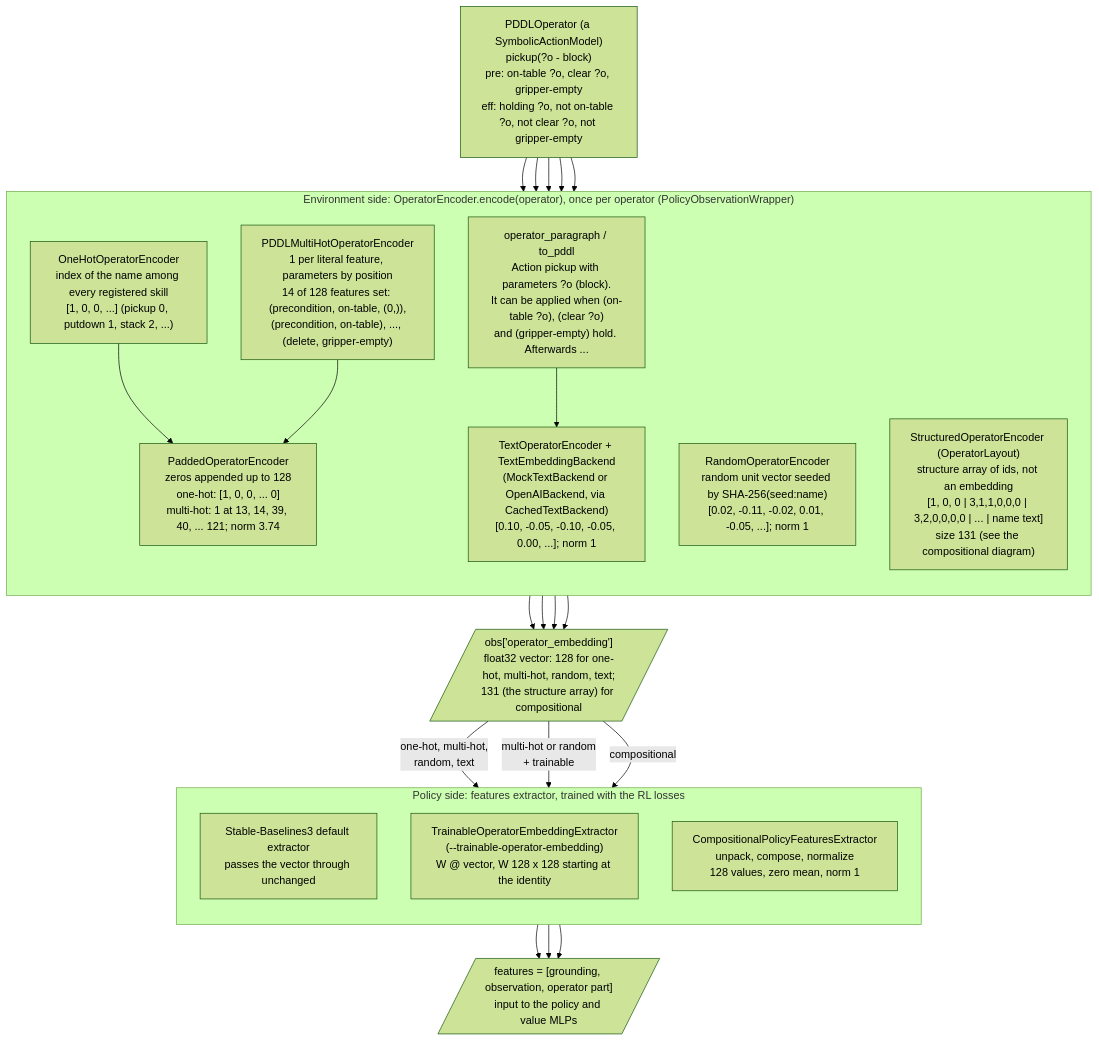
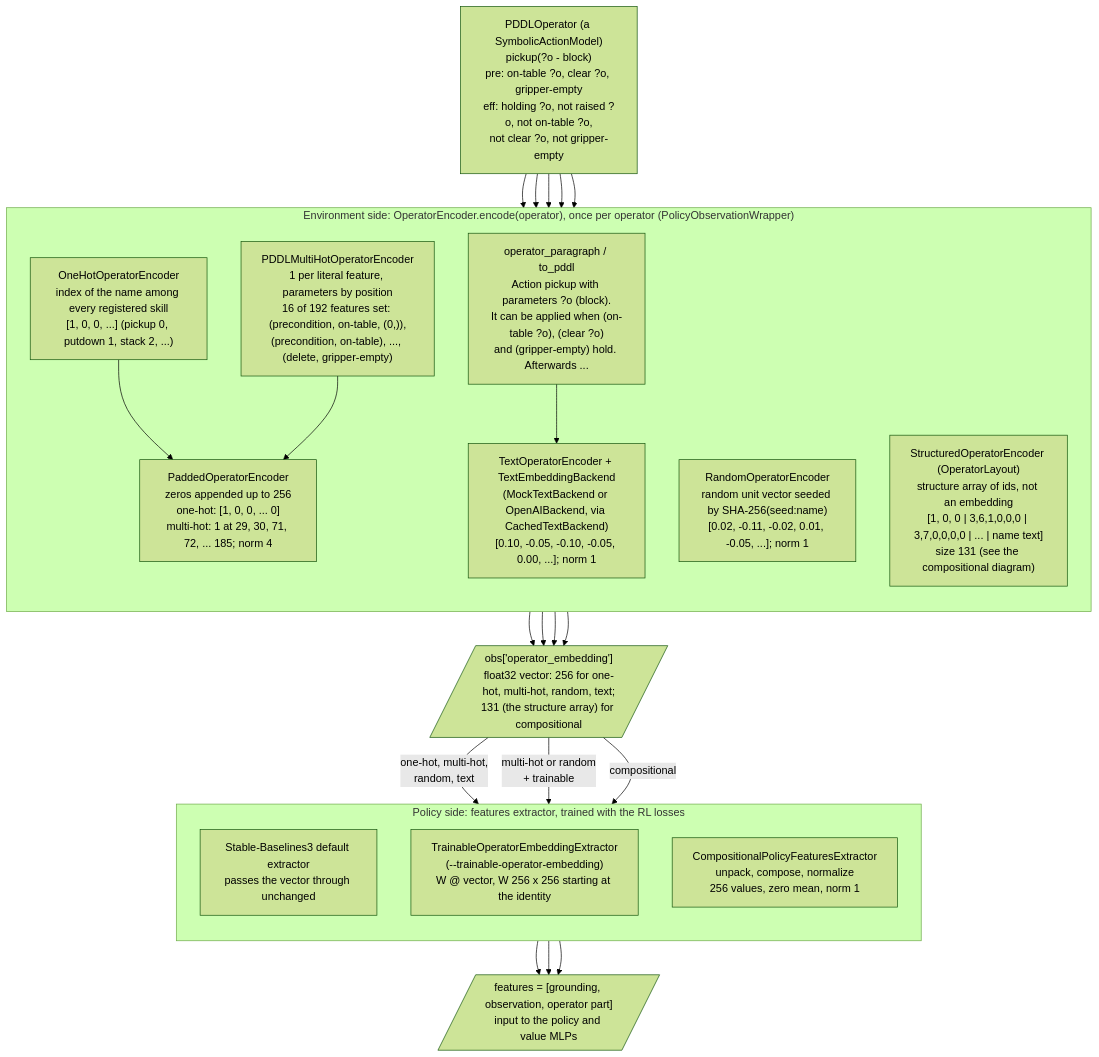
The first of 2 diagrams in docs/operator_embeddings.md (carwyn987/compositional_action_models), drawn with Mermaid (forest theme) before and after one commit. The commit also changed other lines of this file and 3 other files, not shown here.

````diff
--- a/docs/operator_embeddings.md
+++ b/docs/operator_embeddings.md
@@ -23,42 +23,42 @@
 ```mermaid
 flowchart TB
-    op["PDDLOperator (a SymbolicActionModel)<br/>pickup(?o - block)<br/>pre: on-table ?o, clear ?o, gripper-empty<br/>eff: holding ?o, not on-table ?o, not clear ?o, not gripper-empty"]
+    op["PDDLOperator (a SymbolicActionModel)<br/>pickup(?o - block)<br/>pre: on-table ?o, clear ?o, gripper-empty<br/>eff: holding ?o, not raised ?o, not on-table ?o,<br/>not clear ?o, not gripper-empty"]
 
     subgraph env["Environment side: OperatorEncoder.encode(operator), once per operator (PolicyObservationWrapper)"]
         direction TB
         onehot["OneHotOperatorEncoder<br/>index of the name among every registered skill<br/>[1, 0, 0, ...] (pickup 0, putdown 1, stack 2, ...)"]
-        multihot["PDDLMultiHotOperatorEncoder<br/>1 per literal feature, parameters by position<br/>14 of 128 features set: (precondition, on-table, (0,)),<br/>(precondition, on-table), ..., (delete, gripper-empty)"]
-        pad["PaddedOperatorEncoder<br/>zeros appended up to 128<br/>one-hot: [1, 0, 0, ... 0]<br/>multi-hot: 1 at 13, 14, 39, 40, ... 121; norm 3.74"]
+        multihot["PDDLMultiHotOperatorEncoder<br/>1 per literal feature, parameters by position<br/>16 of 192 features set: (precondition, on-table, (0,)),<br/>(precondition, on-table), ..., (delete, gripper-empty)"]
+        pad["PaddedOperatorEncoder<br/>zeros appended up to 256<br/>one-hot: [1, 0, 0, ... 0]<br/>multi-hot: 1 at 29, 30, 71, 72, ... 185; norm 4"]
         random["RandomOperatorEncoder<br/>random unit vector seeded by SHA-256(seed:name)<br/>[0.02, -0.11, -0.02, 0.01, -0.05, ...]; norm 1"]
         paragraph["operator_paragraph / to_pddl<br/>Action pickup with parameters ?o (block).<br/>It can be applied when (on-table ?o), (clear ?o)<br/>and (gripper-empty) hold. Afterwards ..."]
         text["TextOperatorEncoder + TextEmbeddingBackend<br/>(MockTextBackend or OpenAIBackend, via CachedTextBackend)<br/>[0.10, -0.05, -0.10, -0.05, 0.00, ...]; norm 1"]
-        structured["StructuredOperatorEncoder (OperatorLayout)<br/>structure array of ids, not an embedding<br/>[1, 0, 0 | 3,1,1,0,0,0 | 3,2,0,0,0,0 | ... | name text]<br/>size 131 (see the compositional diagram)"]
+        structured["StructuredOperatorEncoder (OperatorLayout)<br/>structure array of ids, not an embedding<br/>[1, 0, 0 | 3,6,1,0,0,0 | 3,7,0,0,0,0 | ... | name text]<br/>size 131 (see the compositional diagram)"]
     end
 
-    obs[/"obs['operator_embedding']<br/>float32 vector: 128 for one-hot, multi-hot, random, text;<br/>131 (the structure array) for compositional"/]
+    obs[/"obs['operator_embedding']<br/>float32 vector: 256 for one-hot, multi-hot, random, text;<br/>131 (the structure array) for compositional"/]
 
     subgraph pol["Policy side: features extractor, trained with the RL losses"]
         direction TB
         default["Stable-Baselines3 default extractor<br/>passes the vector through unchanged"]
-        trainable["TrainableOperatorEmbeddingExtractor<br/>(--trainable-operator-embedding)<br/>W @ vector, W 128 x 128 starting at the identity"]
-        compositional["CompositionalPolicyFeaturesExtractor<br/>unpack, compose, normalize<br/>128 values, zero mean, norm 1"]
+        trainable["TrainableOperatorEmbeddingExtractor<br/>(--trainable-operator-embedding)<br/>W @ vector, W 256 x 256 starting at the identity"]
+        compositional["CompositionalPolicyFeaturesExtractor<br/>unpack, compose, normalize<br/>256 values, zero mean, norm 1"]
     end
 
     features[/"features = [grounding, observation, operator part]<br/>input to the policy and value MLPs"/]
 
     op --> onehot --> pad
     op --> multihot --> pad
     op --> random
     op --> paragraph --> text
     op --> structured
     pad --> obs
     random --> obs
     text --> obs
     structured --> obs
     obs -- "one-hot, multi-hot,<br/>random, text" --> default
     obs -- "multi-hot or random<br/>+ trainable" --> trainable
     obs -- "compositional" --> compositional
     default --> features
     trainable --> features
     compositional --> features
 ```
````
